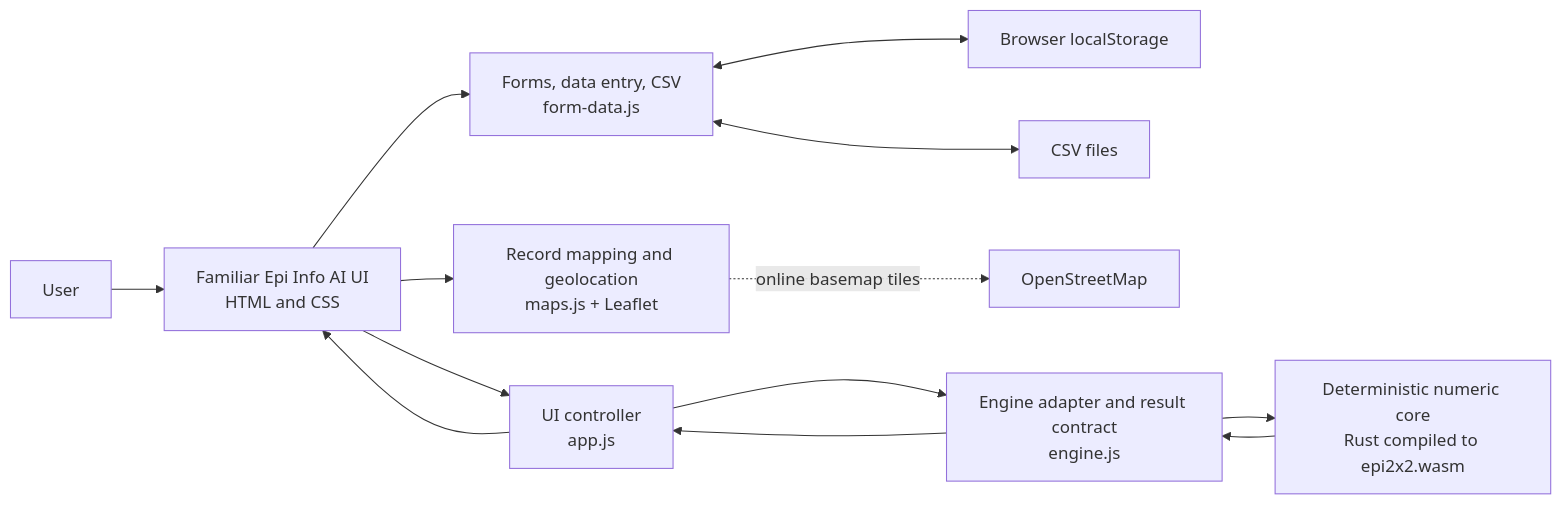
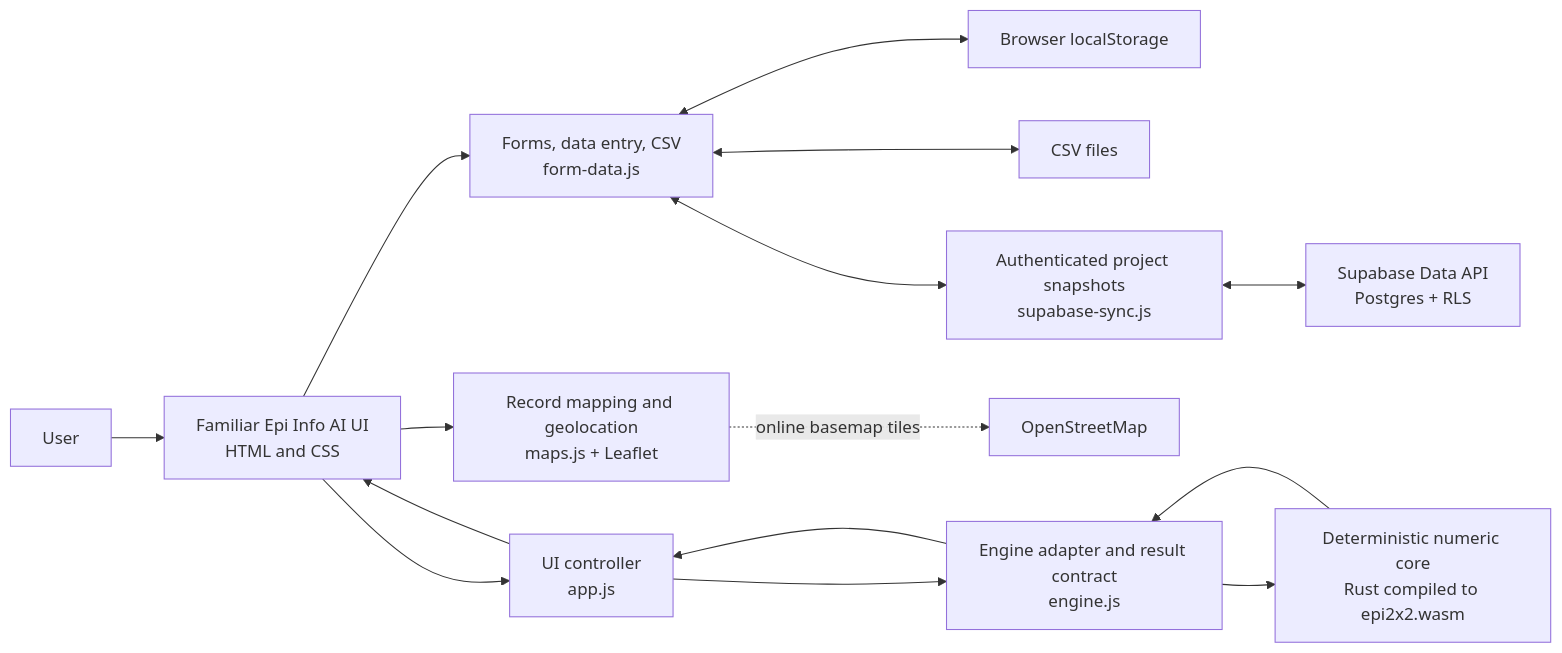
Before and after one commit to epi-info-ai/epi-info-ai: the diagram in wasm/architecture.md, drawn with Mermaid. The commit also changed other lines of this file and 18 other files, not shown here.

Commit message:
Add Phase 0 foundation and Supabase project sync

````diff
--- a/wasm/architecture.md
+++ b/wasm/architecture.md
@@ -16,15 +103,17 @@
 ```mermaid
 flowchart LR
     U["User"] --> UI["Familiar Epi Info AI UI<br/>HTML and CSS"]
     UI --> APP["UI controller<br/>app.js"]
     UI --> DATA["Forms, data entry, CSV<br/>form-data.js"]
     DATA <--> STORE["Browser localStorage"]
     DATA <--> CSV["CSV files"]
+    DATA <--> SYNC["Authenticated project snapshots<br/>supabase-sync.js"]
+    SYNC <--> SUPABASE["Supabase Data API<br/>Postgres + RLS"]
     UI --> MAPS["Record mapping and geolocation<br/>maps.js + Leaflet"]
     MAPS -. "online basemap tiles" .-> OSM["OpenStreetMap"]
     APP --> ADAPTER["Engine adapter and result contract<br/>engine.js"]
     ADAPTER --> WASM["Deterministic numeric core<br/>Rust compiled to epi2x2.wasm"]
     WASM --> ADAPTER
     ADAPTER --> APP
     APP --> UI
 ```
````
